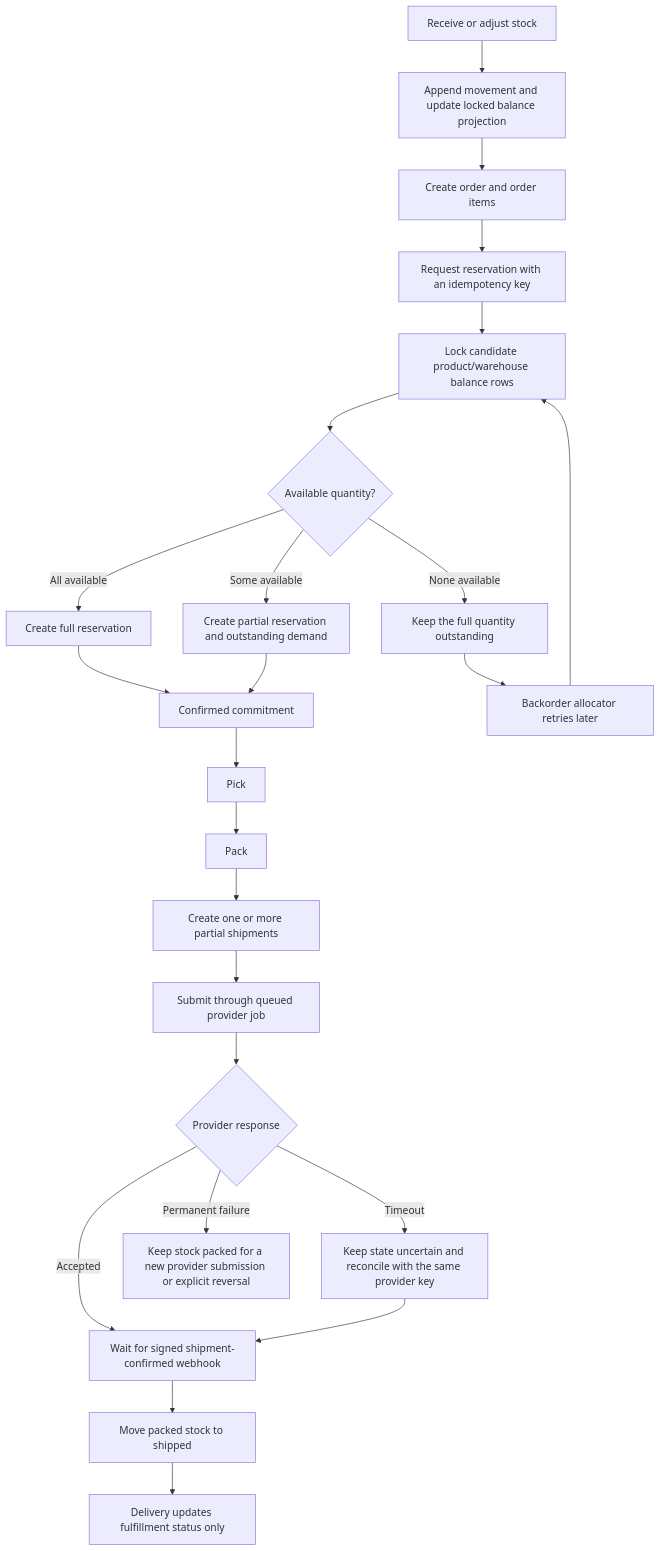
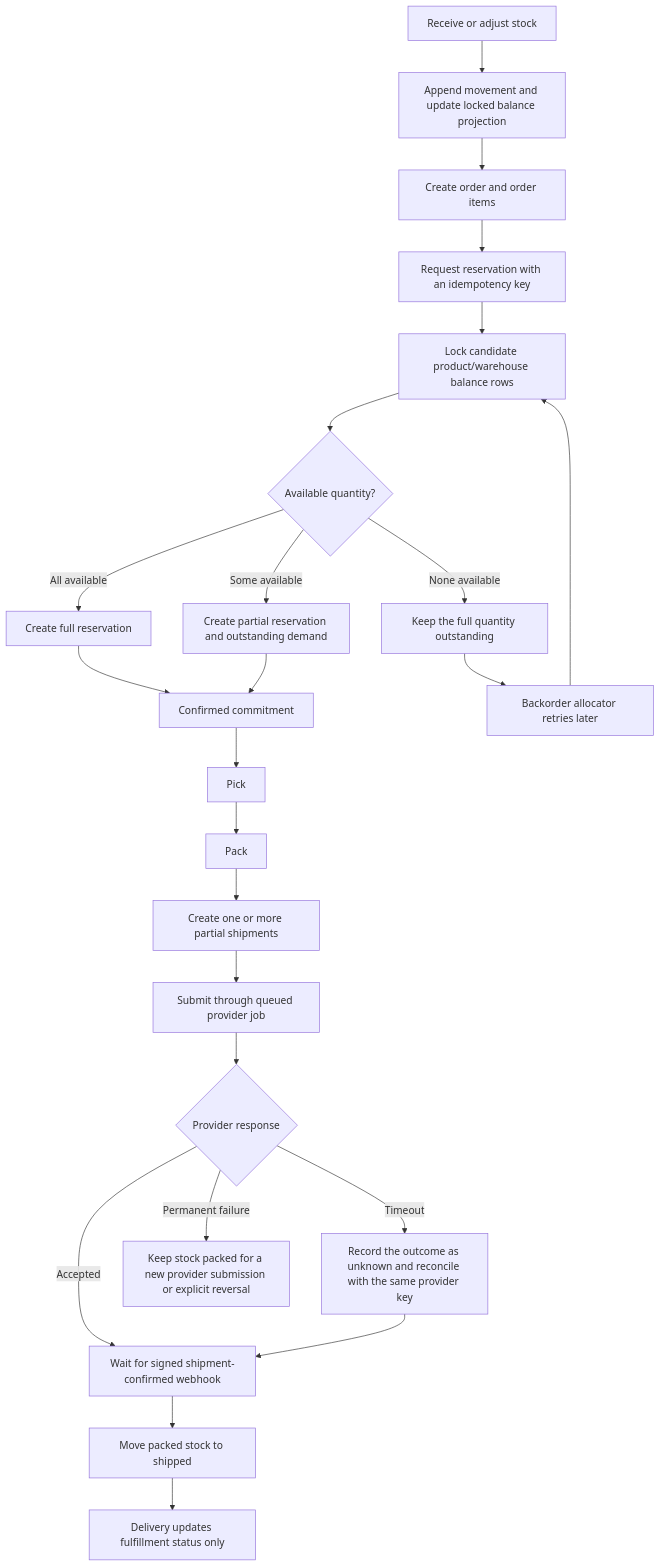
Before and after one commit to Moustafa-Ahmed/warehouse-inventory-engine: the diagram in docs/business-rules/README.md, drawn with Mermaid. The commit also changed 21 other files, not shown here.

Commit message:
feat: add provider submission schema

````diff
--- a/docs/business-rules/README.md
+++ b/docs/business-rules/README.md
@@ -30,26 +30,26 @@
 ```mermaid
 flowchart TD
     A["Receive or adjust stock"] --> B["Append movement and update locked balance projection"]
     B --> C["Create order and order items"]
     C --> D["Request reservation with an idempotency key"]
     D --> E["Lock candidate product/warehouse balance rows"]
     E --> F{"Available quantity?"}
     F -->|"All available"| G["Create full reservation"]
     F -->|"Some available"| H["Create partial reservation and outstanding demand"]
     F -->|"None available"| I["Keep the full quantity outstanding"]
     G --> J["Confirmed commitment"]
     H --> J
     I --> K["Backorder allocator retries later"]
     K --> E
     J --> L["Pick"]
     L --> M["Pack"]
     M --> N["Create one or more partial shipments"]
     N --> O["Submit through queued provider job"]
     O --> P{"Provider response"}
-    P -->|"Timeout"| Q["Keep state uncertain and reconcile with the same provider key"]
+    P -->|"Timeout"| Q["Record the outcome as unknown and reconcile with the same provider key"]
     P -->|"Permanent failure"| R["Keep stock packed for a new provider submission or explicit reversal"]
     P -->|"Accepted"| U["Wait for signed shipment-confirmed webhook"]
     Q --> U
     U --> S["Move packed stock to shipped"]
     S --> T["Delivery updates fulfillment status only"]
 ```
````
